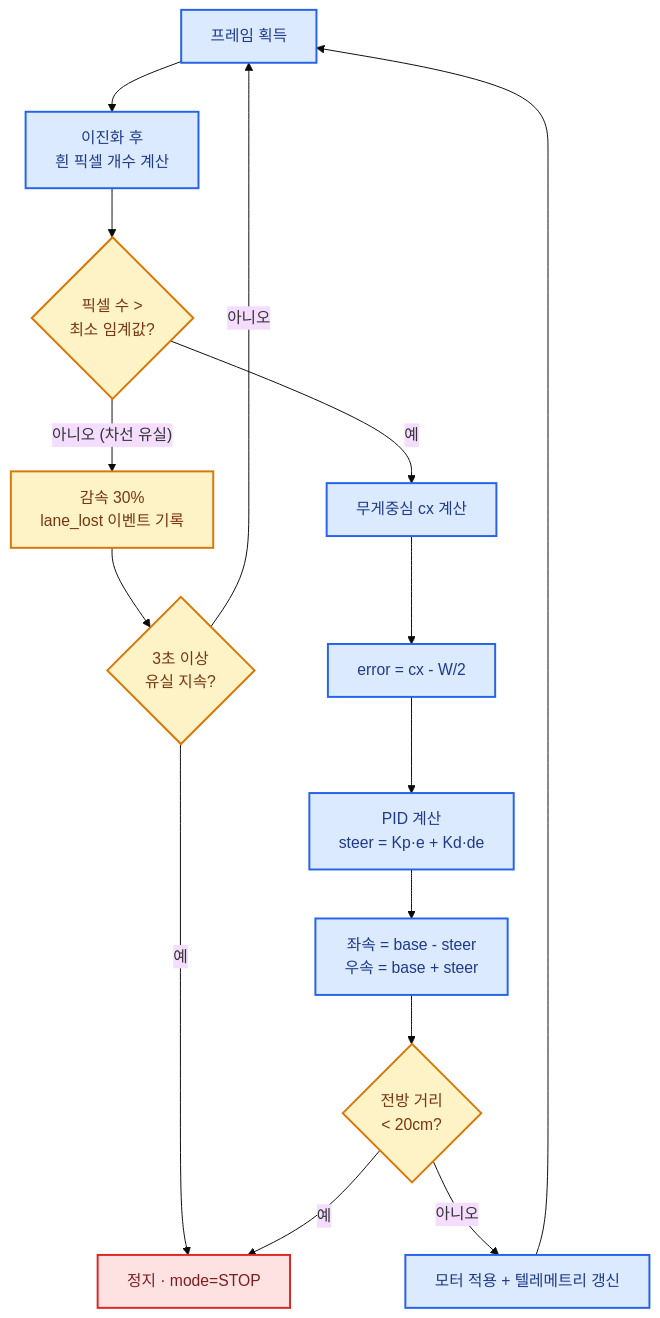
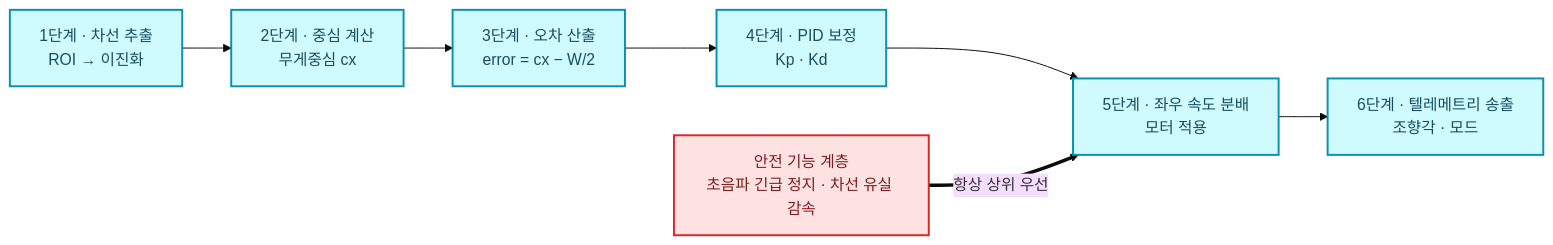
Before and after one commit to Collegenie-X/AIMakerLab_Web: diagram 16 of 27 in documents/CURRICULUM/라즈베리파이_자율주행차_감시카메라_3-6-12시간_단계별_커리큘럼.md, drawn with Mermaid (base theme). The commit also changed other lines of this file and 36 other files, not shown here.

````diff
--- a/documents/CURRICULUM/라즈베리파이_자율주행차_감시카메라_3-6-12시간_단계별_커리큘럼.md
+++ b/documents/CURRICULUM/라즈베리파이_자율주행차_감시카메라_3-6-12시간_단계별_커리큘럼.md
@@ -971,24 +970,15 @@
 ```mermaid
-flowchart TD
-    C1["프레임 획득"] --> C2["이진화 후<br/>흰 픽셀 개수 계산"]
-    C2 --> Q1{"픽셀 수 ><br/>최소 임계값?"}
-    Q1 -- "아니오 (차선 유실)" --> L1["감속 30%<br/>lane_lost 이벤트 기록"]
-    L1 --> Q2{"3초 이상<br/>유실 지속?"}
-    Q2 -- "예" --> STOP["정지 · mode=STOP"]
-    Q2 -- "아니오" --> C1
-    Q1 -- "예" --> C3["무게중심 cx 계산"]
-    C3 --> C4["error = cx - W/2"]
-    C4 --> C5["PID 계산<br/>steer = Kp·e + Kd·de"]
-    C5 --> C6["좌속 = base - steer<br/>우속 = base + steer"]
-    C6 --> Q3{"전방 거리<br/>< 20cm?"}
-    Q3 -- "예" --> STOP
-    Q3 -- "아니오" --> C7["모터 적용 + 텔레메트리 갱신"]
-    C7 --> C1
+flowchart LR
+    G1["1단계 · 차선 추출<br/>ROI → 이진화"] --> G2["2단계 · 중심 계산<br/>무게중심 cx"]
+    G2 --> G3["3단계 · 오차 산출<br/>error = cx − W/2"]
+    G3 --> G4["4단계 · PID 보정<br/>Kp · Kd"]
+    G4 --> G5["5단계 · 좌우 속도 분배<br/>모터 적용"]
+    G5 --> G6["6단계 · 텔레메트리 송출<br/>조향각 · 모드"]
 
-    classDef s fill:#DBEAFE,stroke:#2563EB,stroke-width:2px,color:#1E3A8A
-    classDef w fill:#FEF3C7,stroke:#D97706,stroke-width:2px,color:#78350F
-    classDef e fill:#FEE2E2,stroke:#DC2626,stroke-width:2px,color:#7F1D1D
-    class C1,C2,C3,C4,C5,C6,C7 s
-    class Q1,Q2,Q3,L1 w
-    class STOP e
+    SAFE["안전 기능 계층<br/>초음파 긴급 정지 · 차선 유실 감속"] ==>|"항상 상위 우선"| G5
+
+    classDef p fill:#CFFAFE,stroke:#0891B2,stroke-width:2px,color:#164E63
+    classDef s fill:#FEE2E2,stroke:#DC2626,stroke-width:2px,color:#7F1D1D
+    class G1,G2,G3,G4,G5,G6 p
+    class SAFE s
 ```
````
